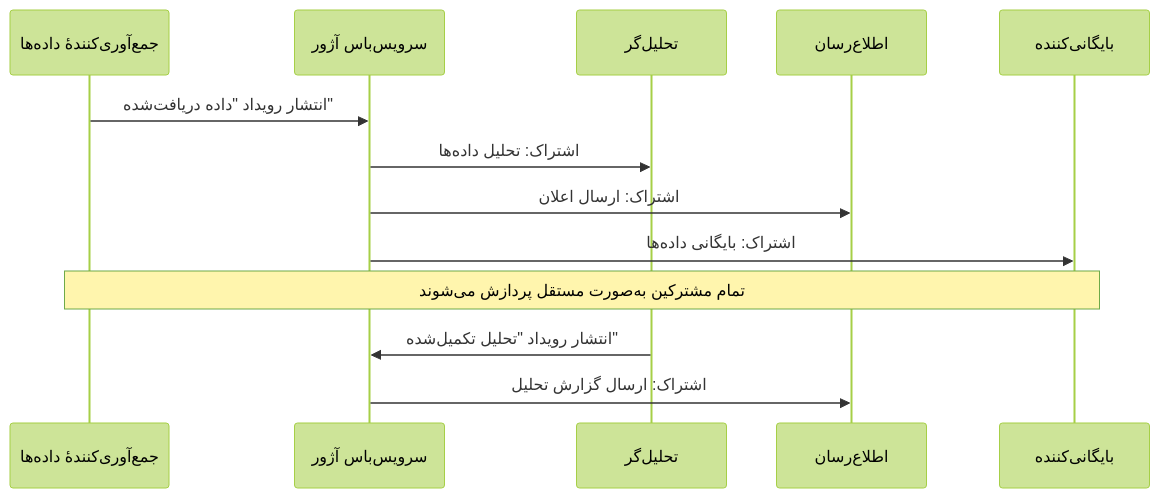
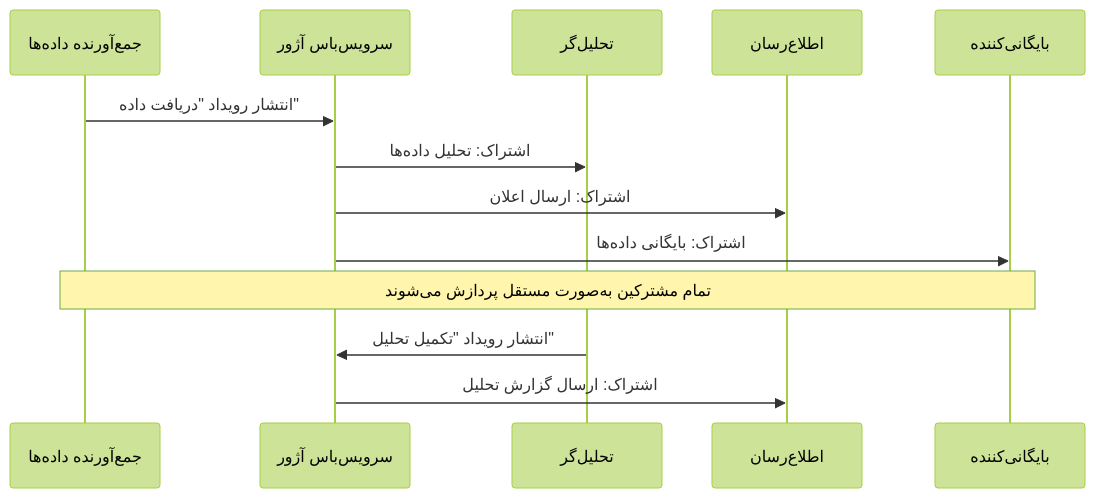
The fourth of 6 diagrams in translations/fa/docs/chapter-06-pre-deployment/coordination-patterns.md (microsoft/AZD-for-beginners), drawn with Mermaid (forest theme) before and after one commit. The commit also changed other lines of this file and 101 other files, not shown here.

````diff
--- a/translations/fa/docs/chapter-06-pre-deployment/coordination-patterns.md
+++ b/translations/fa/docs/chapter-06-pre-deployment/coordination-patterns.md
@@ -191,18 +185,18 @@
 ```mermaid
 sequenceDiagram
-    participant Agent1 as جمع‌آوری‌کنندهٔ داده‌ها
+    participant Agent1 as جمع‌آورنده داده‌ها
     participant EventBus as سرویس‌باس آژور
     participant Agent2 as تحلیل‌گر
     participant Agent3 as اطلاع‌رسان
     participant Agent4 as بایگانی‌کننده
     
-    Agent1->>EventBus: انتشار رویداد "داده دریافت‌شده"
+    Agent1->>EventBus: انتشار رویداد "دریافت داده"
     EventBus->>Agent2: اشتراک: تحلیل داده‌ها
     EventBus->>Agent3: اشتراک: ارسال اعلان
     EventBus->>Agent4: اشتراک: بایگانی داده‌ها
     
     Note over Agent1,Agent4: تمام مشترکین به‌صورت مستقل پردازش می‌شوند
     
-    Agent2->>EventBus: انتشار رویداد "تحلیل تکمیل‌شده"
+    Agent2->>EventBus: انتشار رویداد "تکمیل تحلیل"
     EventBus->>Agent3: اشتراک: ارسال گزارش تحلیل
 ```
````
